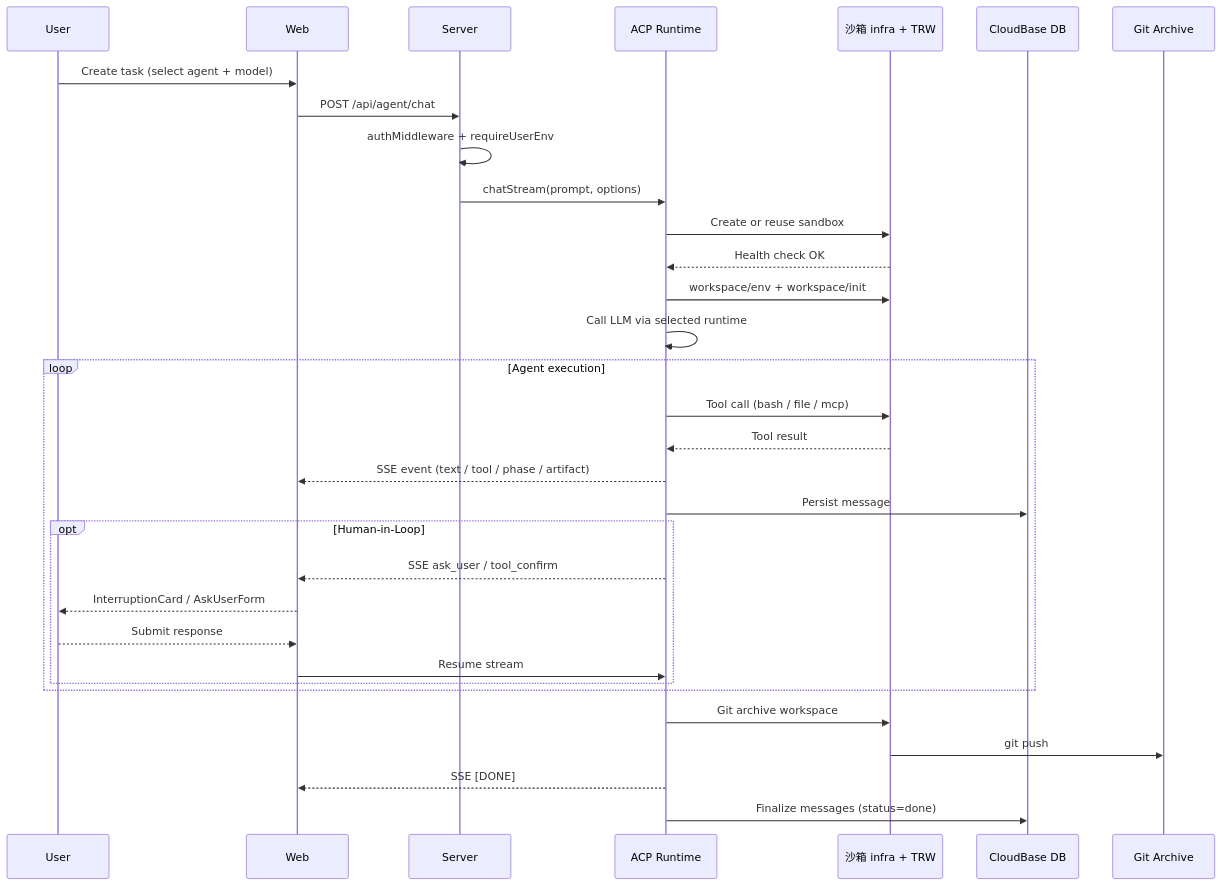
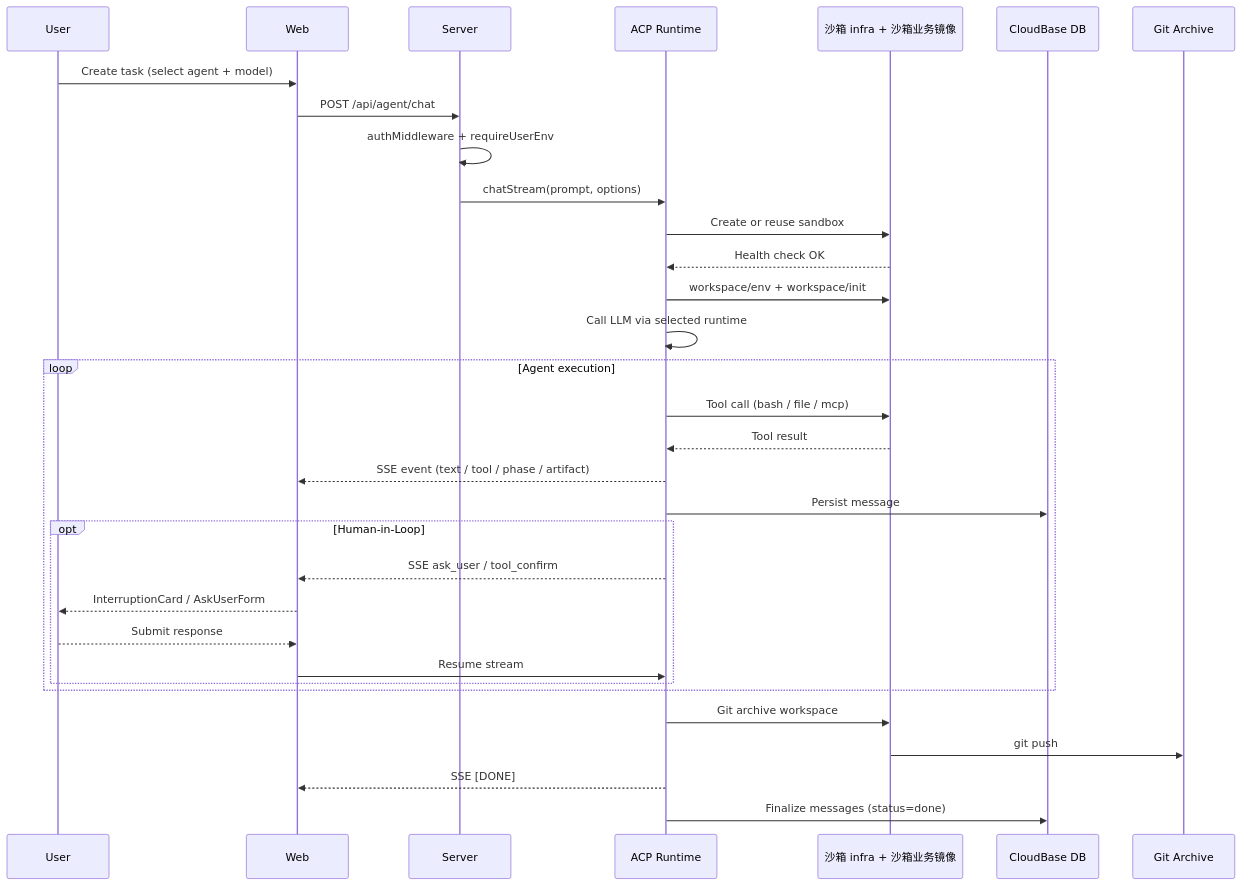
One commit to TencentCloudBase/OpenVibeCoding changed the fourth of 5 diagrams in docs/architecture.md. Above: the diagram before and after it, drawn with Mermaid. The commit also changed other lines of this file and 43 other files, not shown here.

````diff
--- a/docs/architecture.md
+++ b/docs/architecture.md
@@ -410,37 +410,37 @@
 ```mermaid
 sequenceDiagram
     participant User
     participant Web
     participant Server
     participant Runtime as ACP Runtime
-    participant Sandbox as 沙箱 infra + TRW
+    participant Sandbox as 沙箱 infra + 沙箱业务镜像
     participant DB as CloudBase DB
     participant Git as Git Archive
 
     User->>Web: Create task (select agent + model)
     Web->>Server: POST /api/agent/chat
     Server->>Server: authMiddleware + requireUserEnv
     Server->>Runtime: chatStream(prompt, options)
     Runtime->>Sandbox: Create or reuse sandbox
     Sandbox-->>Runtime: Health check OK
     Runtime->>Sandbox: workspace/env + workspace/init
     Runtime->>Runtime: Call LLM via selected runtime
 
     loop Agent execution
         Runtime->>Sandbox: Tool call (bash / file / mcp)
         Sandbox-->>Runtime: Tool result
         Runtime-->>Web: SSE event (text / tool / phase / artifact)
         Runtime->>DB: Persist message
         opt Human-in-Loop
             Runtime-->>Web: SSE ask_user / tool_confirm
             Web-->>User: InterruptionCard / AskUserForm
             User-->>Web: Submit response
             Web->>Runtime: Resume stream
         end
     end
 
     Runtime->>Sandbox: Git archive workspace
     Sandbox->>Git: git push
     Runtime-->>Web: SSE [DONE]
     Runtime->>DB: Finalize messages (status=done)
 ```
````
